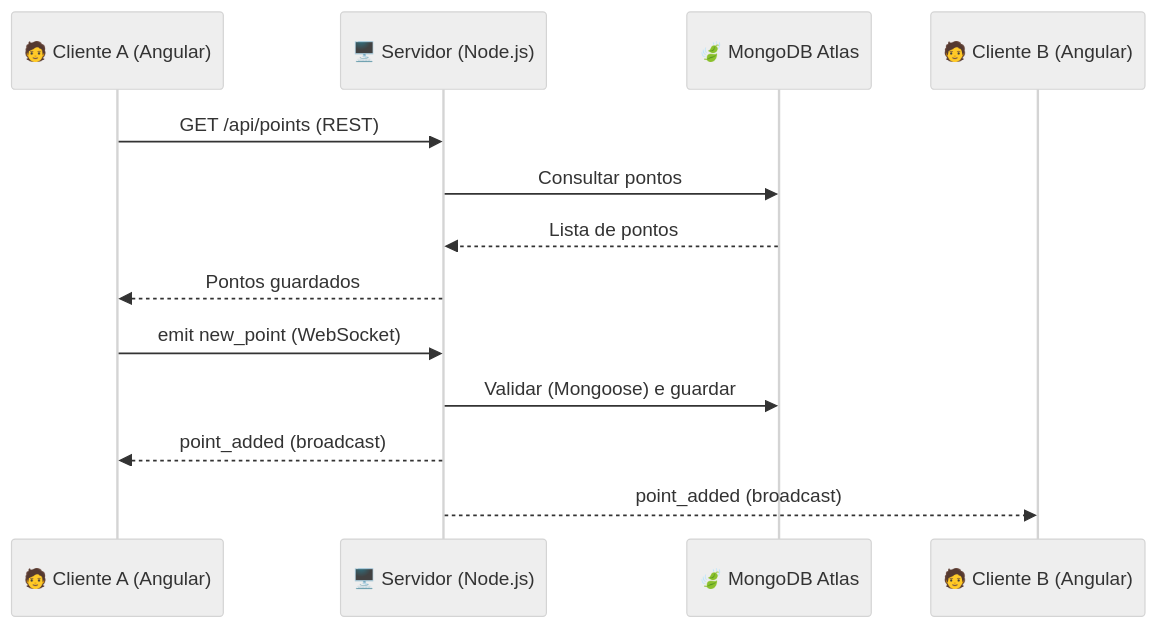
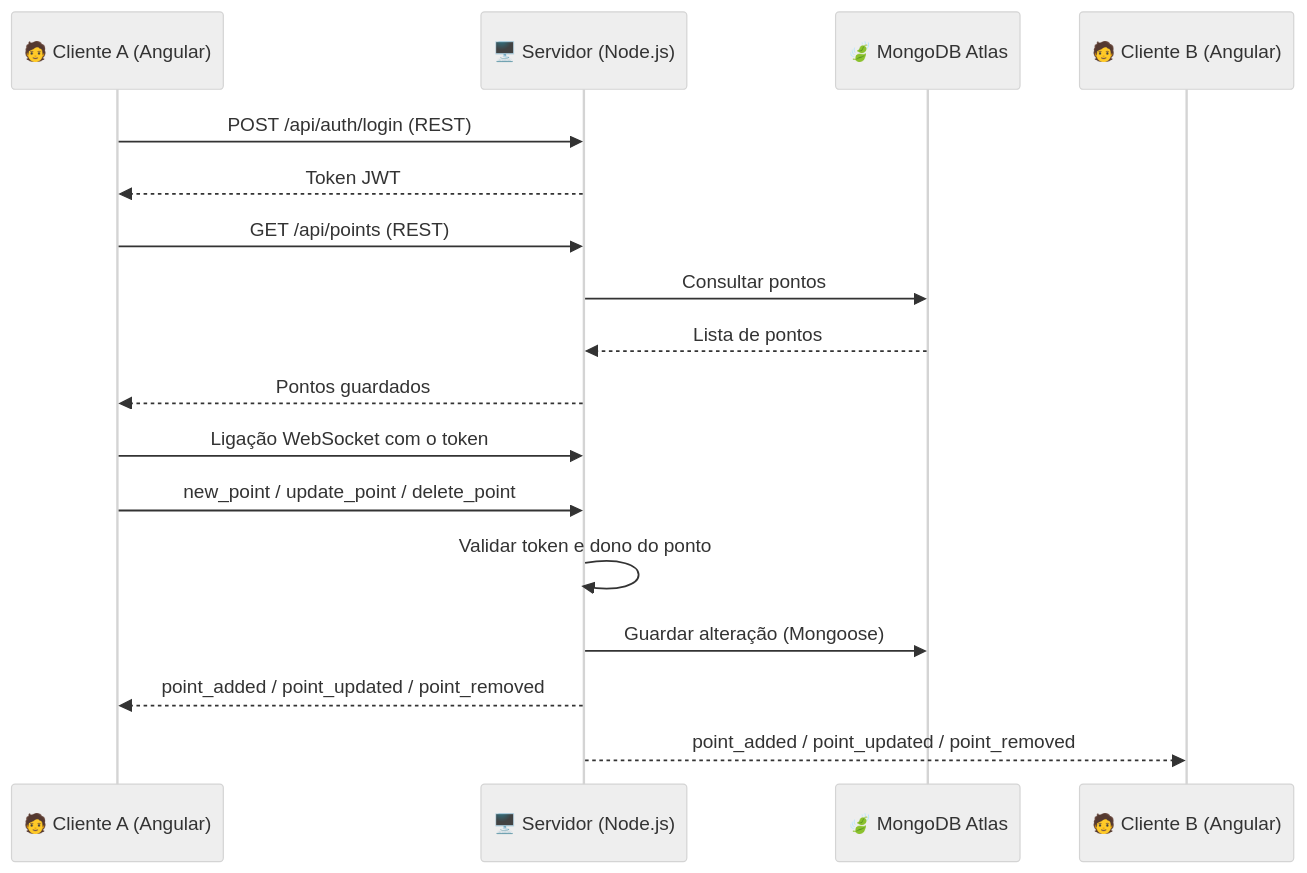
Before and after one commit to pedrorosa3/Live-GeoBoard: the diagram in README.md, drawn with Mermaid (neutral theme). The commit also changed other lines of this file and 10 other files, not shown here.

````diff
--- a/README.md
+++ b/README.md
@@ -69,17 +75,22 @@
 ```mermaid
 sequenceDiagram
     participant A as 🧑 Cliente A (Angular)
     participant S as 🖥️ Servidor (Node.js)
     participant DB as 🍃 MongoDB Atlas
     participant B as 🧑 Cliente B (Angular)
 
+    A->>S: POST /api/auth/login (REST)
+    S-->>A: Token JWT
+
     A->>S: GET /api/points (REST)
     S->>DB: Consultar pontos
     DB-->>S: Lista de pontos
     S-->>A: Pontos guardados
 
-    A->>S: emit new_point (WebSocket)
-    S->>DB: Validar (Mongoose) e guardar
-    S-->>A: point_added (broadcast)
-    S-->>B: point_added (broadcast)
+    A->>S: Ligação WebSocket com o token
+    A->>S: new_point / update_point / delete_point
+    S->>S: Validar token e dono do ponto
+    S->>DB: Guardar alteração (Mongoose)
+    S-->>A: point_added / point_updated / point_removed
+    S-->>B: point_added / point_updated / point_removed
 ```
````
